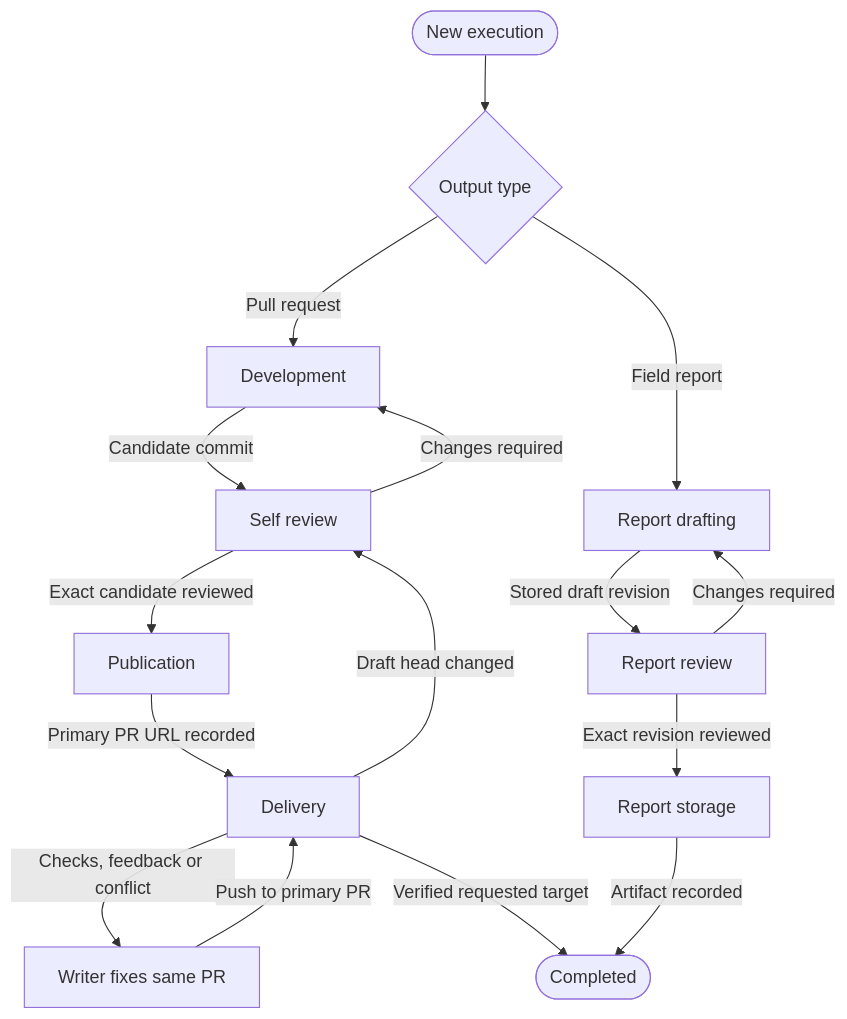
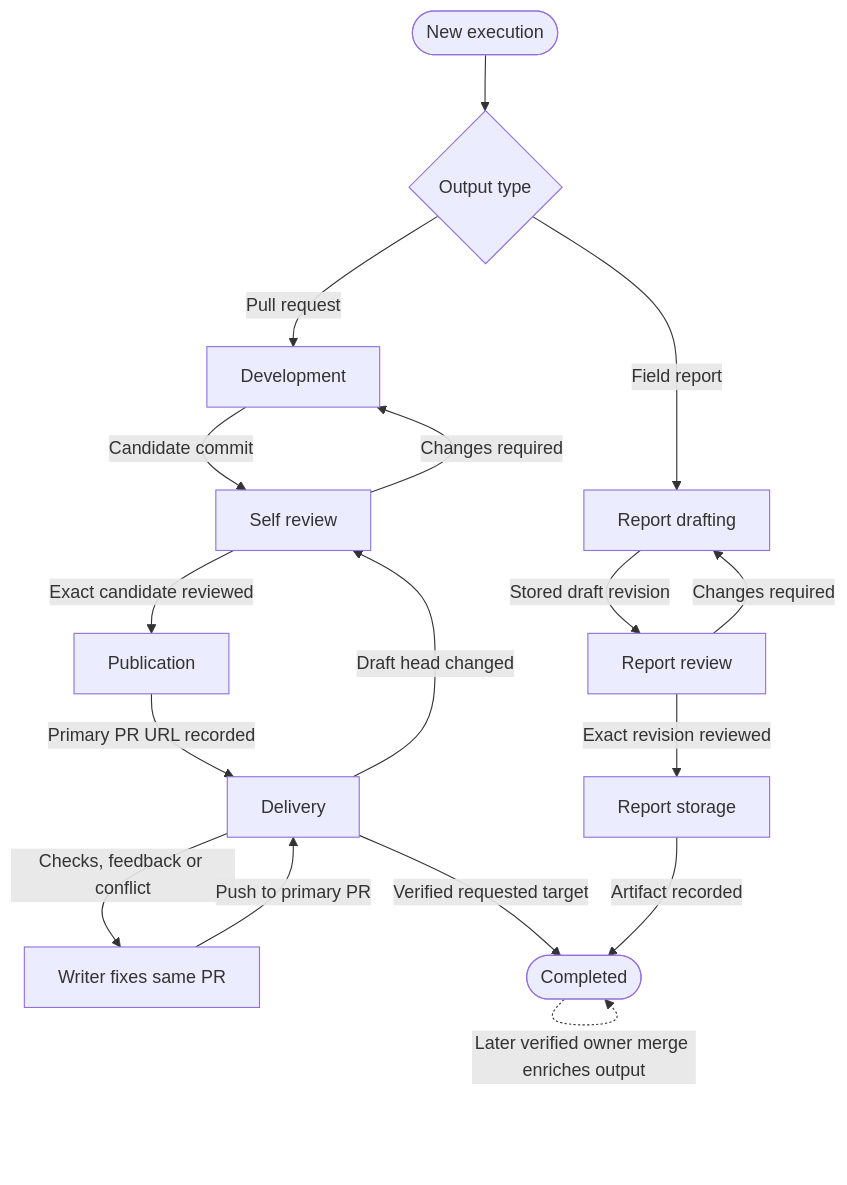
One commit to caltseng/phalanx changed the first of 2 diagrams in STATE_MACHINE.md. Above: the diagram before and after it, drawn with Mermaid. The commit also changed other lines of this file and 1 other file, not shown here.

Commit message:
Keep lifecycle diagrams aligned with later verified owner merges

````diff
--- a/STATE_MACHINE.md
+++ b/STATE_MACHINE.md
@@ -22,18 +22,19 @@
 ```mermaid
 flowchart TD
     Start([New execution]) --> Kind{Output type}
     Kind -->|Pull request| Dev[Development]
     Kind -->|Field report| Draft[Report drafting]
     Dev -->|Candidate commit| Self[Self review]
     Self -->|Changes required| Dev
     Self -->|Exact candidate reviewed| Publish[Publication]
     Publish -->|Primary PR URL recorded| Deliver[Delivery]
     Deliver -->|Checks, feedback or conflict| Fix[Writer fixes same PR]
     Fix -->|Push to primary PR| Deliver
     Deliver -->|Draft head changed| Self
     Deliver -->|Verified requested target| Done([Completed])
     Draft -->|Stored draft revision| ReportReview[Report review]
     ReportReview -->|Changes required| Draft
     ReportReview -->|Exact revision reviewed| Store[Report storage]
     Store -->|Artifact recorded| Done
+    Done -.->|Later verified owner merge enriches output| Done
 ```
````
